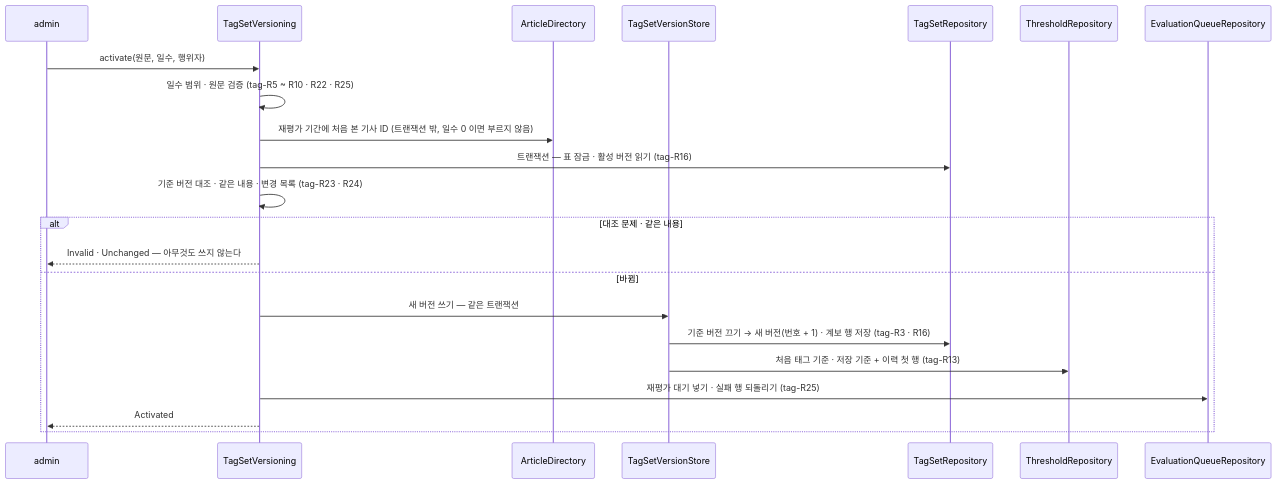
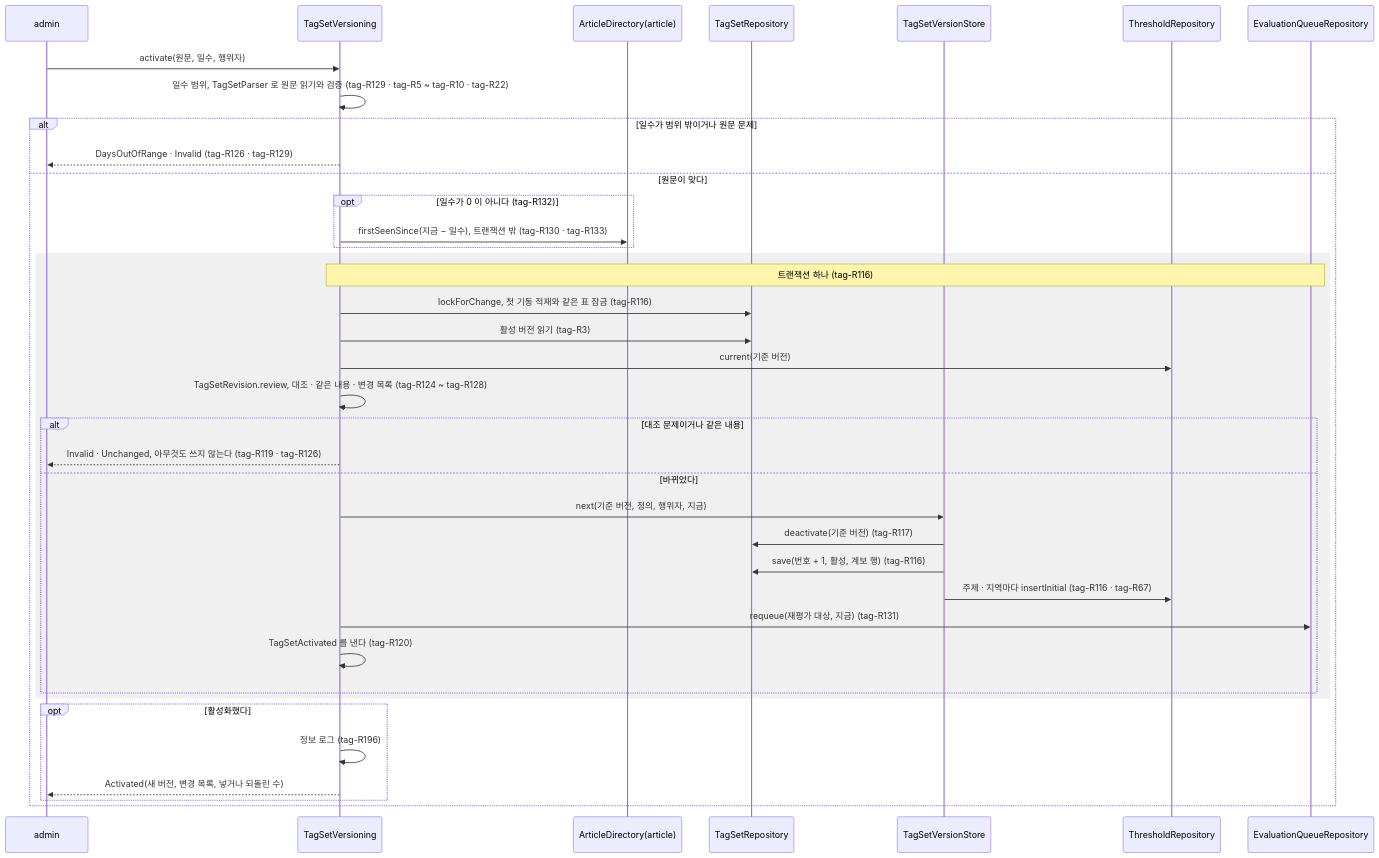
The third of 8 diagrams in docs/specs/tag.md (Theia0382/yozm-news), drawn with Mermaid before and after one commit. The commit also changed other lines of this file and 2 other files, not shown here.

First line of the commit message:
docs: tag Spec 다시 쓰기 — 규칙 쪼개기 · 시퀀스 그림 · 소유 용어

````diff
--- a/docs/specs/tag.md
+++ b/docs/specs/tag.md
@@ -823,25 +915,41 @@
 ```mermaid
 sequenceDiagram
     participant A as admin
     participant V as TagSetVersioning
-    participant D as ArticleDirectory
+    participant D as ArticleDirectory(article)
+    participant TS as TagSetRepository
     participant W as TagSetVersionStore
-    participant TS as TagSetRepository
     participant TR as ThresholdRepository
     participant Q as EvaluationQueueRepository
 
     A->>V: activate(원문, 일수, 행위자)
-    V->>V: 일수 범위 · 원문 검증 (tag-R5 ~ R10 · R22 · R25)
-    V->>D: 재평가 기간에 처음 본 기사 ID (트랜잭션 밖, 일수 0 이면 부르지 않음)
-    V->>TS: 트랜잭션 — 표 잠금 · 활성 버전 읽기 (tag-R16)
-    V->>V: 기준 버전 대조 · 같은 내용 · 변경 목록 (tag-R23 · R24)
-    alt 대조 문제 · 같은 내용
-        V-->>A: Invalid · Unchanged — 아무것도 쓰지 않는다
-    else 바뀜
-        V->>W: 새 버전 쓰기 — 같은 트랜잭션
-        W->>TS: 기준 버전 끄기 → 새 버전(번호 + 1) · 계보 행 저장 (tag-R3 · R16)
-        W->>TR: 처음 태그 기준 · 저장 기준 + 이력 첫 행 (tag-R13)
-        V->>Q: 재평가 대기 넣기 · 실패 행 되돌리기 (tag-R25)
-        V-->>A: Activated
+    V->>V: 일수 범위, TagSetParser 로 원문 읽기와 검증 (tag-R129 · tag-R5 ~ tag-R10 · tag-R22)
+    alt 일수가 범위 밖이거나 원문 문제
+        V-->>A: DaysOutOfRange · Invalid (tag-R126 · tag-R129)
+    else 원문이 맞다
+        opt 일수가 0 이 아니다 (tag-R132)
+            V->>D: firstSeenSince(지금 − 일수), 트랜잭션 밖 (tag-R130 · tag-R133)
+        end
+        rect rgba(128, 128, 128, 0.12)
+        Note over V,Q: 트랜잭션 하나 (tag-R116)
+        V->>TS: lockForChange, 첫 기동 적재와 같은 표 잠금 (tag-R116)
+        V->>TS: 활성 버전 읽기 (tag-R3)
+        V->>TR: current(기준 버전)
+        V->>V: TagSetRevision.review, 대조 · 같은 내용 · 변경 목록 (tag-R124 ~ tag-R128)
+        alt 대조 문제이거나 같은 내용
+            V-->>A: Invalid · Unchanged, 아무것도 쓰지 않는다 (tag-R119 · tag-R126)
+        else 바뀌었다
+            V->>W: next(기준 버전, 정의, 행위자, 지금)
+            W->>TS: deactivate(기준 버전) (tag-R117)
+            W->>TS: save(번호 + 1, 활성, 계보 행) (tag-R116)
+            W->>TR: 주제 · 지역마다 insertInitial (tag-R116 · tag-R67)
+            V->>Q: requeue(재평가 대상, 지금) (tag-R131)
+            V->>V: TagSetActivated 를 낸다 (tag-R120)
+        end
+        end
+        opt 활성화했다
+            V->>V: 정보 로그 (tag-R196)
+            V-->>A: Activated(새 버전, 변경 목록, 넣거나 되돌린 수)
+        end
     end
 ```
````
